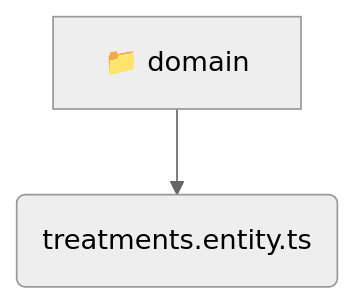
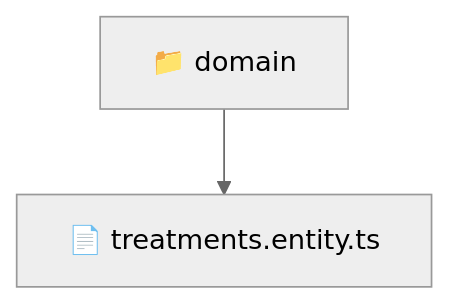
The diagram in backend/src/modules/treatments/domain/README.md (beginwebdev2002/fullstack-mavluda), drawn with Mermaid (neutral theme) before and after one commit. The commit also changed other lines of this file and 163 other files, not shown here.

````diff
--- a/backend/src/modules/treatments/domain/README.md
+++ b/backend/src/modules/treatments/domain/README.md
@@ -9,5 +10,5 @@
 ```mermaid
 graph TD
-  domain[📁 domain]
-  domain --> domain_treatments_entity_ts(treatments.entity.ts)
+  Root["📁 domain"]
+  Root --> treatmentsentityts["📄 treatments.entity.ts"]
 ```
````
